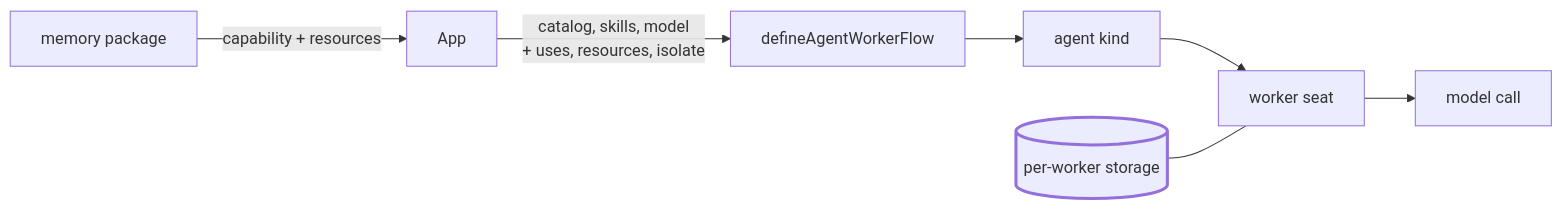
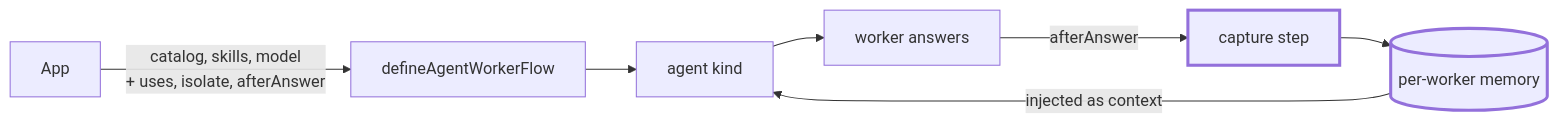
The second of 3 diagrams in spec/FIX-1364.explainer.md (fixpoint-labs/flow-state-dev), drawn with Mermaid before and after one commit. The commit also changed other lines of this file and 4 other files, not shown here.

````diff
--- a/spec/FIX-1364.explainer.md
+++ b/spec/FIX-1364.explainer.md
@@ -25,12 +24,12 @@
 ```mermaid
 flowchart LR
-  App[App] -->|"catalog, skills, model<br/>+ uses, resources, isolate"| Factory[defineAgentWorkerFlow]
+  App[App] -->|"catalog, skills, model<br/>+ uses, isolate, afterAnswer"| Factory[defineAgentWorkerFlow]
   Factory --> Kind[agent kind]
-  Kind --> Seat[worker seat]
-  Seat --> Model[model call]
-  Mem[memory package] -->|"capability + resources"| App
-  Store[(per-worker storage)] --- Seat
+  Kind --> Answer[worker answers]
+  Answer -->|afterAnswer| Capture[capture step]
+  Capture --> Store[(per-worker memory)]
+  Store -->|injected as context| Kind
 
   classDef added stroke-width:3px
-  class Store added
+  class Capture,Store added
 ```
````
